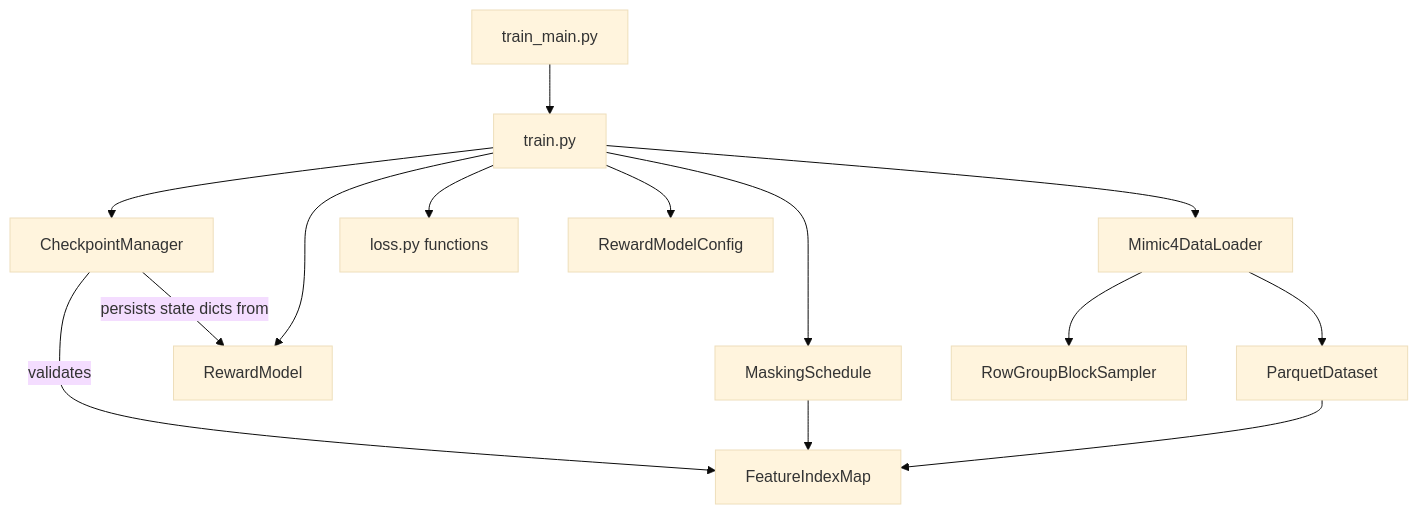
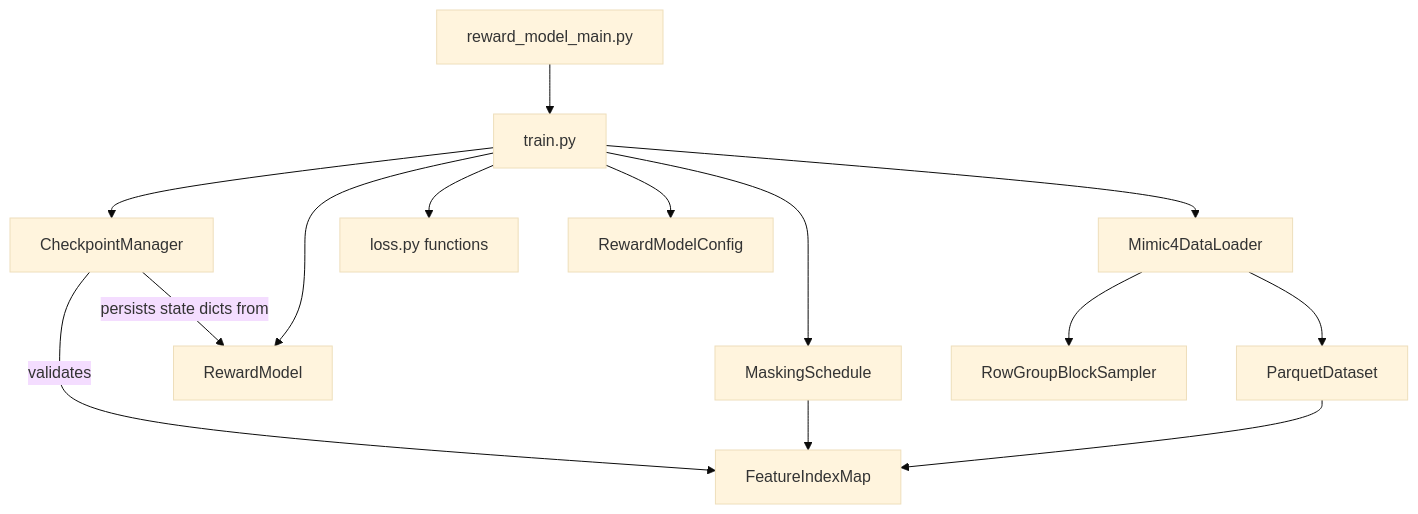
Before and after one commit to shaham-lab/HRS: the diagram in src/reward_model/Reward_Model_ARCHITECTURE.md, drawn with Mermaid (base theme). The commit also changed other lines of this file and 4 other files, not shown here.

````diff
--- a/src/reward_model/Reward_Model_ARCHITECTURE.md
+++ b/src/reward_model/Reward_Model_ARCHITECTURE.md
@@ -161,16 +161,16 @@
 ```mermaid
 graph TD
-  TrainMain[train_main.py] --> TrainManager[train.py]
-  TrainManager --> CheckpointManager
-  TrainManager --> MaskingSchedule
-  TrainManager --> RewardModel
-  TrainManager --> Mimic4DataLoader
-  TrainManager --> LossFns[loss.py functions]
-  TrainManager --> RewardModelConfig
+  TrainMain[reward_model_main.py] --> RewardModelManager[train.py]
+  RewardModelManager --> CheckpointManager
+  RewardModelManager --> MaskingSchedule
+  RewardModelManager --> RewardModel
+  RewardModelManager --> Mimic4DataLoader
+  RewardModelManager --> LossFns[loss.py functions]
+  RewardModelManager --> RewardModelConfig
   Mimic4DataLoader --> ParquetDataset
   Mimic4DataLoader --> RowGroupBlockSampler
   ParquetDataset --> FeatureIndexMap
   MaskingSchedule --> FeatureIndexMap
   CheckpointManager -->|validates| FeatureIndexMap
   CheckpointManager -->|persists state dicts from| RewardModel
 ```
````
